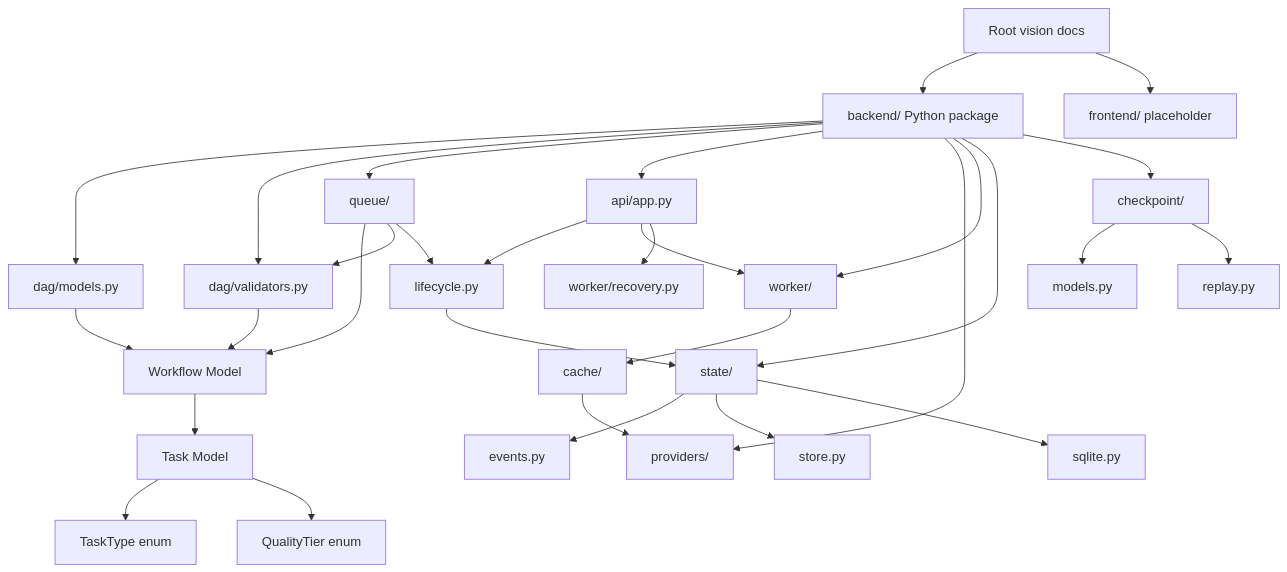
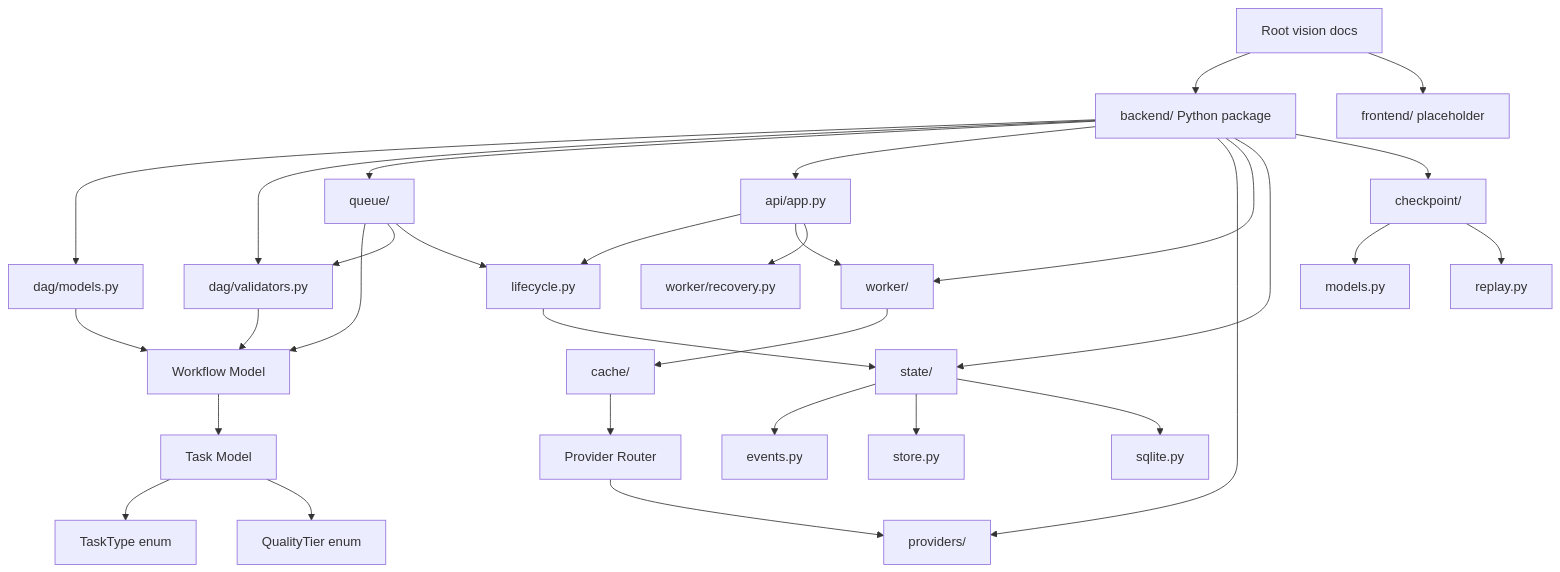
One commit to knishkarora/Ather-OS changed the first of 2 diagrams in docs/01_Architecture.md. Above: the diagram before and after it, drawn with Mermaid. The commit also changed other lines of this file and 16 other files, not shown here.

Commit message:
ADDED: provider router and wire that with API.

````diff
--- a/docs/01_Architecture.md
+++ b/docs/01_Architecture.md
@@ -9,32 +9,33 @@
 ```mermaid
 flowchart TD
     Docs["Root vision docs"] --> Backend["backend/ Python package"]
     Docs --> Frontend["frontend/ placeholder"]
     Backend --> DAG["dag/models.py"]
     Backend --> Validator["dag/validators.py"]
     Backend --> Queue["queue/"]
     Backend --> API["api/app.py"]
     Backend --> Provider["providers/"]
     Backend --> Worker["worker/"]
     Backend --> State["state/"]
     Backend --> Checkpoint["checkpoint/"]
     DAG --> Workflow["Workflow Model"]
     Workflow --> Task["Task Model"]
     Task --> TaskType["TaskType enum"]
     Task --> QualityTier["QualityTier enum"]
     Validator --> Workflow
     Queue --> Workflow
     Queue --> Validator
     Queue --> Lifecycle["lifecycle.py"]
     API --> Lifecycle
     API --> Worker
     API --> Recovery["worker/recovery.py"]
     Worker --> Cache["cache/"]
-    Cache --> Provider
+    Cache --> Router["Provider Router"]
+    Router --> Provider
     Lifecycle --> State
     State --> Events["events.py"]
     State --> Store["store.py"]
     State --> SQLite["sqlite.py"]
     Checkpoint --> Projections["models.py"]
     Checkpoint --> Replay["replay.py"]
 ```
````
